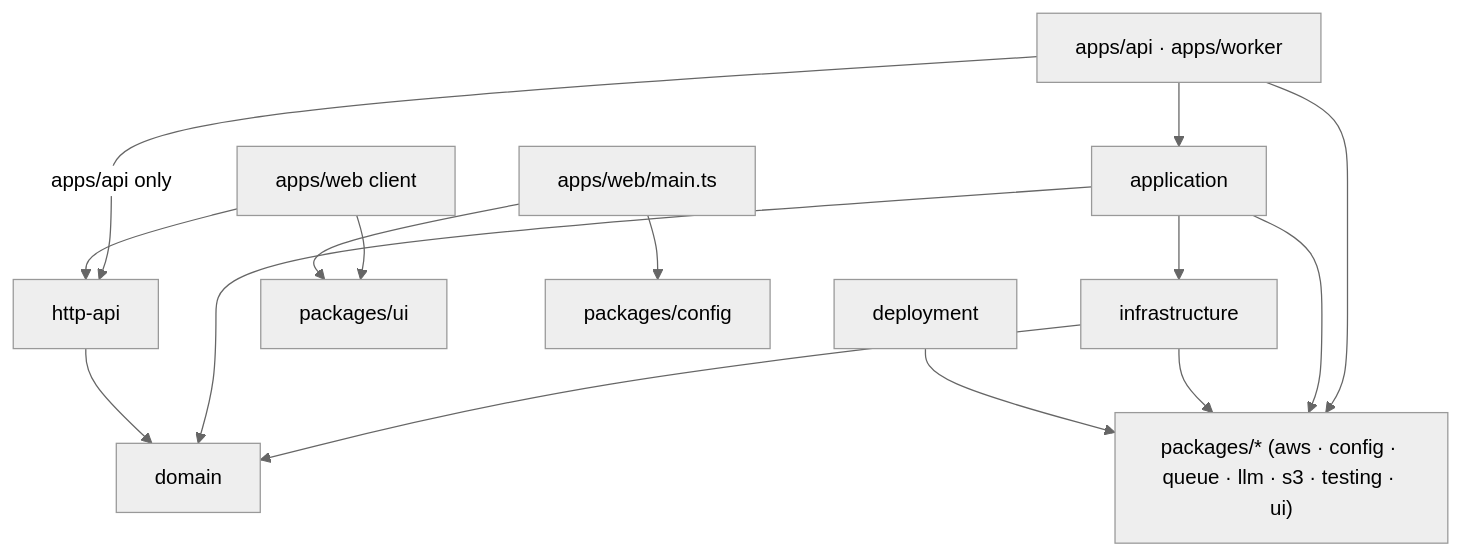
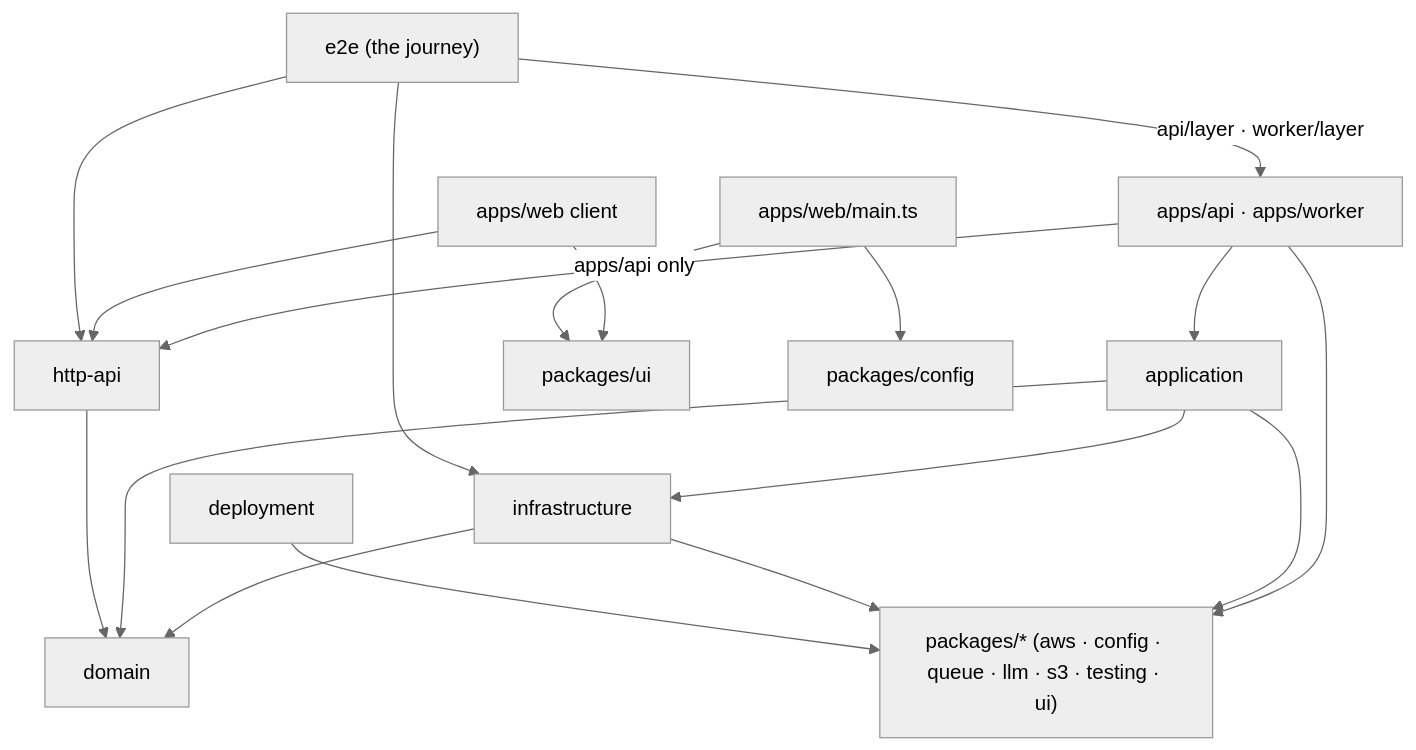
Before and after one commit to khotei/app-template: the diagram in docs/knowledge/architecture.md, drawn with Mermaid (neutral theme). The commit also changed other lines of this file and 7 other files, not shown here.

First line of the commit message:
:memo: docs(architecture-audit): Describe the new model in the docs

````diff
--- a/docs/knowledge/architecture.md
+++ b/docs/knowledge/architecture.md
@@ -9,17 +9,20 @@
 ```mermaid
 graph TD
   apps["apps/api · apps/worker"] --> application
   application --> infrastructure
   infrastructure --> domain
   application --> domain
   apps -->|"apps/api only"| httpApi["http-api"]
   httpApi --> domain
   apps --> packages["packages/* (aws · config · queue · llm · s3 · testing · ui)"]
   application --> packages
   infrastructure --> packages
   web["apps/web client"] --> httpApi
   web --> ui["packages/ui"]
   webMain["apps/web/main.ts"] --> ui
   webMain --> config["packages/config"]
   deployment --> packages
+  e2e["e2e (the journey)"] -->|"api/layer · worker/layer"| apps
+  e2e --> httpApi
+  e2e --> infrastructure
 ```
````
